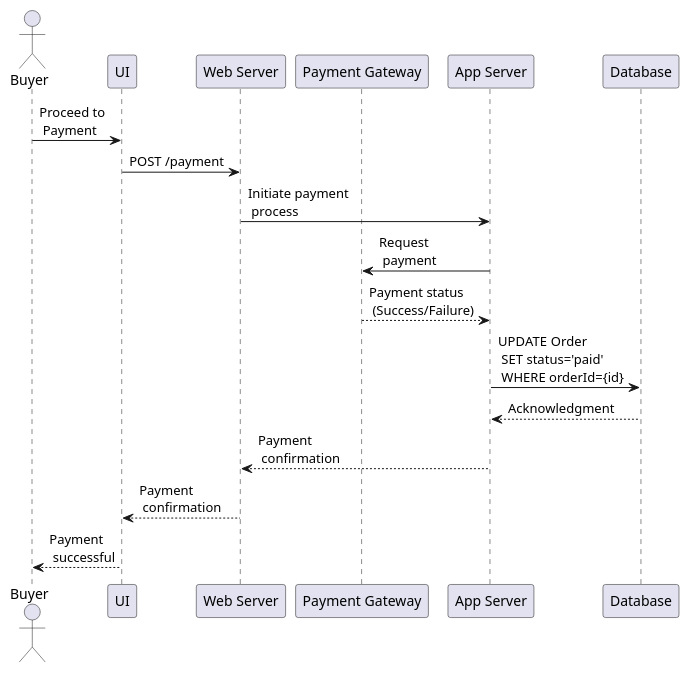
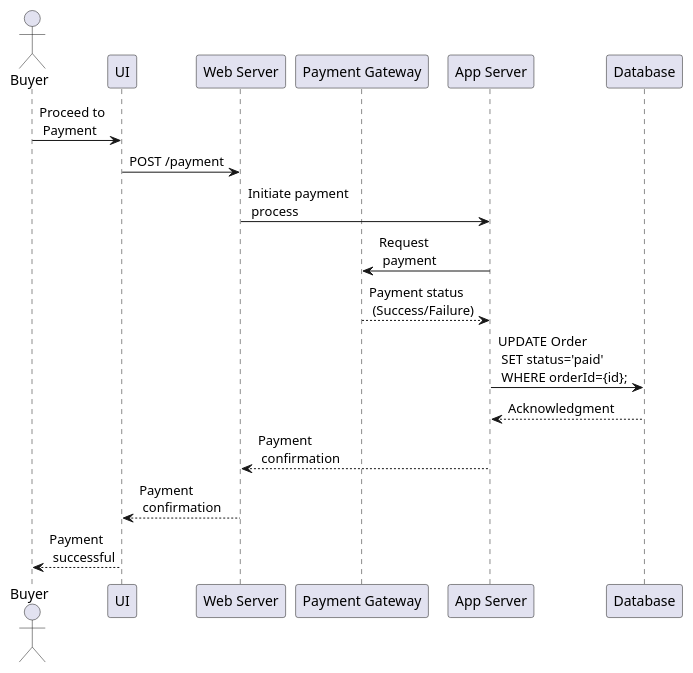
One commit to G2U-CPE36/G2U_docs changed the diagram in arch/302-seq_u-pay.puml. Above: the diagram before and after it, drawn with PlantUML. The commit also changed 4 other files, not shown here.

First line of the commit message:
Fix: syntax issue in use case diagram

```diff
--- a/arch/302-seq_u-pay.puml
+++ b/arch/302-seq_u-pay.puml
@@ -1,19 +1,19 @@
 @startuml
 actor Buyer
 participant "UI" as UI
 participant "Web Server" as Web
 participant "Payment Gateway" as PaymentGateway
 participant "App Server" as App
 participant "Database" as DB
 
 Buyer -> UI: Proceed to\n Payment
 UI -> Web: POST /payment
 Web -> App: Initiate payment\n process
 App -> PaymentGateway: Request\n payment
 PaymentGateway --> App: Payment status\n (Success/Failure)
-App -> DB: UPDATE Order\n SET status='paid'\n WHERE orderId={id}
+App -> DB: UPDATE Order\n SET status='paid'\n WHERE orderId={id};
 DB --> App: Acknowledgment
 App --> Web: Payment\n confirmation
 Web --> UI: Payment\n confirmation
 UI --> Buyer: Payment\n successful
 @enduml
```
